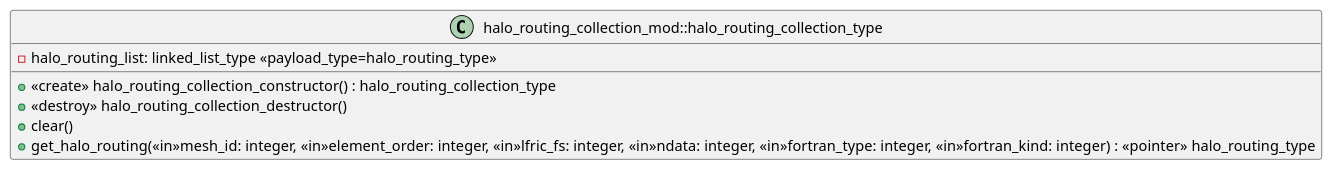
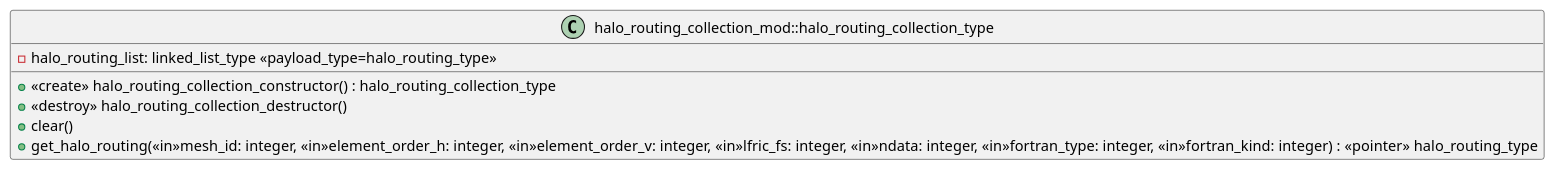
Before and after one commit to yaswant/lfric_core: the diagram in infrastructure/documentation/uml/field/halo_routing_collection_mod.iuml, drawn with PlantUML. The commit also changed 120 other files, not shown here.

Commit message:
ticket:4443 for Josh Dendy:  Enable split element order for function spaces

```diff
--- a/infrastructure/documentation/uml/field/halo_routing_collection_mod.iuml
+++ b/infrastructure/documentation/uml/field/halo_routing_collection_mod.iuml
@@ -1,13 +1,13 @@
 ' (c) Crown copyright 2019 Met Office. All rights reserved.
 ' The file LICENCE, distributed with this code, contains details of the terms
 ' under which the code may be used.
 
 class halo_routing_collection_mod::halo_routing_collection_type {
 
   -halo_routing_list: linked_list_type <<payload_type=halo_routing_type>>
 
   +<<create>>  halo_routing_collection_constructor() : halo_routing_collection_type
   +<<destroy>> halo_routing_collection_destructor()
   +clear()
-  +get_halo_routing(<<in>>mesh_id: integer, <<in>>element_order: integer, <<in>>lfric_fs: integer, <<in>>ndata: integer, <<in>>fortran_type: integer, <<in>>fortran_kind: integer) : <<pointer>> halo_routing_type
+  +get_halo_routing(<<in>>mesh_id: integer, <<in>>element_order_h: integer, <<in>>element_order_v: integer, <<in>>lfric_fs: integer, <<in>>ndata: integer, <<in>>fortran_type: integer, <<in>>fortran_kind: integer) : <<pointer>> halo_routing_type
 }
```
